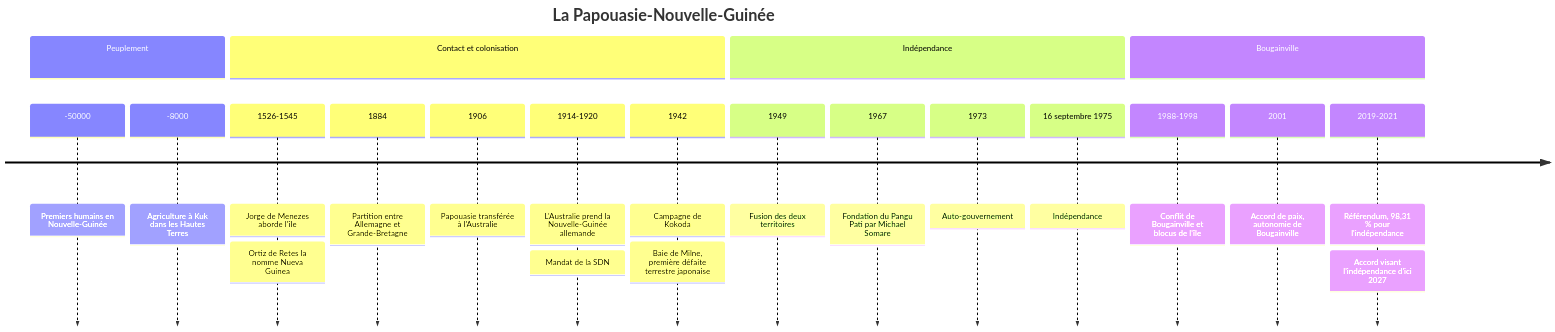
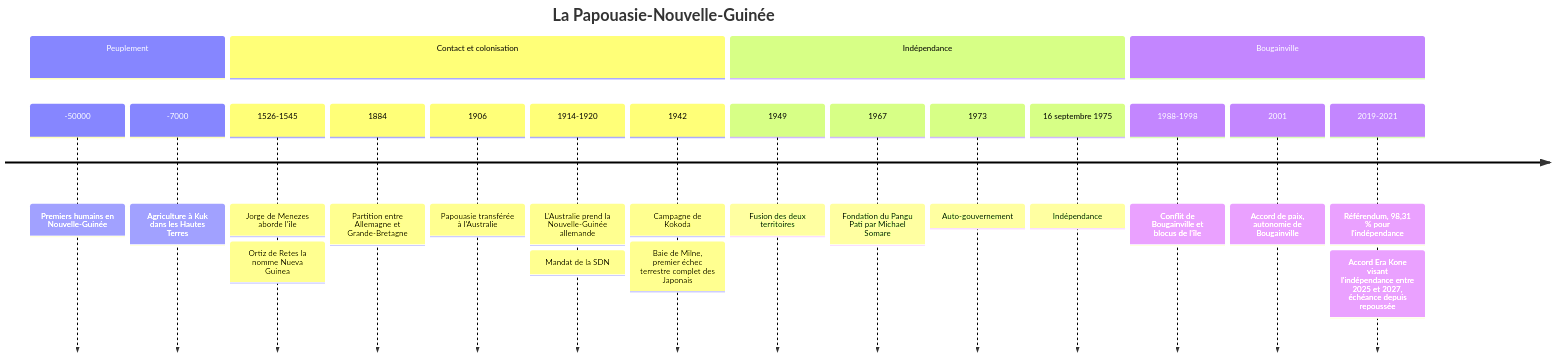
Before and after one commit to rwmicro/pensine: the diagram in Social Sciences/History/Papouasie-Nouvelle-Guinée/Histoire.md, drawn with Mermaid. The commit also changed 9 other files, not shown here.

````diff
--- a/Social Sciences/History/Papouasie-Nouvelle-Guinée/Histoire.md
+++ b/Social Sciences/History/Papouasie-Nouvelle-Guinée/Histoire.md
@@ -201,22 +201,22 @@
 ```mermaid
 timeline
     title La Papouasie-Nouvelle-Guinée
     section Peuplement
         -50000 : Premiers humains en Nouvelle-Guinée
-        -8000 : Agriculture à Kuk dans les Hautes Terres
+        -7000 : Agriculture à Kuk dans les Hautes Terres
     section Contact et colonisation
         1526-1545 : Jorge de Menezes aborde l'île : Ortiz de Retes la nomme Nueva Guinea
         1884 : Partition entre Allemagne et Grande-Bretagne
         1906 : Papouasie transférée à l'Australie
         1914-1920 : L'Australie prend la Nouvelle-Guinée allemande : Mandat de la SDN
-        1942 : Campagne de Kokoda : Baie de Milne, première défaite terrestre japonaise
+        1942 : Campagne de Kokoda : Baie de Milne, premier échec terrestre complet des Japonais
     section Indépendance
         1949 : Fusion des deux territoires
         1967 : Fondation du Pangu Pati par Michael Somare
         1973 : Auto-gouvernement
         16 septembre 1975 : Indépendance
     section Bougainville
         1988-1998 : Conflit de Bougainville et blocus de l'île
         2001 : Accord de paix, autonomie de Bougainville
-        2019-2021 : Référendum, 98,31 % pour l'indépendance : Accord visant l'indépendance d'ici 2027
+        2019-2021 : Référendum, 98,31 % pour l'indépendance : Accord Era Kone visant l'indépendance entre 2025 et 2027, échéance depuis repoussée
 ```
````
